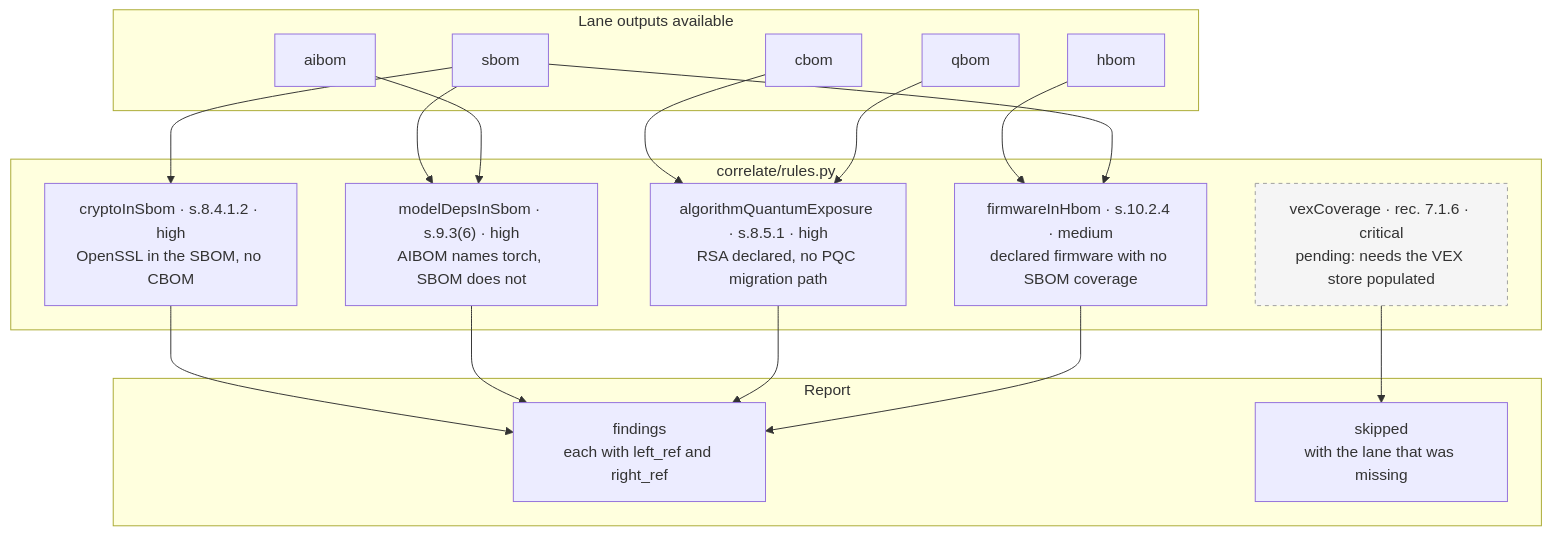
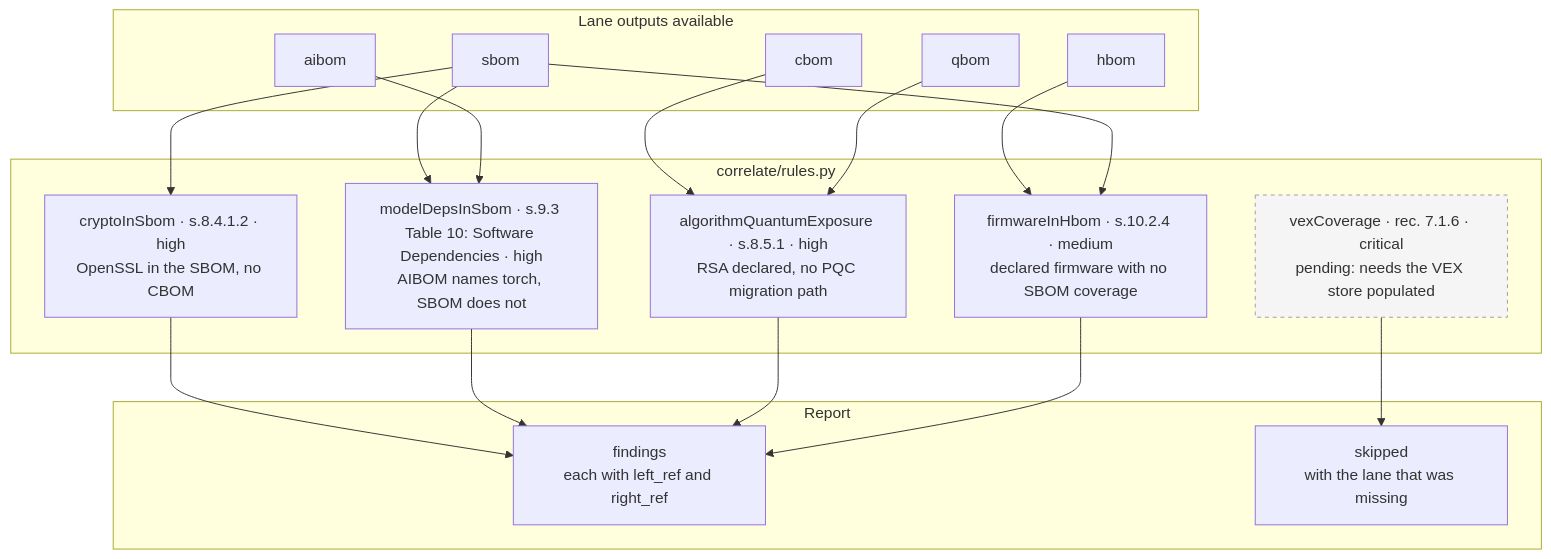
Before and after one commit to shubhamjha16/BOM_Automation: the sixth of 16 diagrams in docs/ARCHITECTURE.md, drawn with Mermaid. The commit also changed other lines of this file and 28 other files, not shown here.

````diff
--- a/docs/ARCHITECTURE.md
+++ b/docs/ARCHITECTURE.md
@@ -322,38 +322,38 @@
 ```mermaid
 graph TB
     subgraph inputs["Lane outputs available"]
         S[sbom]
         C[cbom]
         Q[qbom]
         A[aibom]
         H[hbom]
     end
 
     subgraph rules["correlate/rules.py"]
         R1["cryptoInSbom · s.8.4.1.2 · high<br/>OpenSSL in the SBOM, no CBOM"]
-        R2["modelDepsInSbom · s.9.3(6) · high<br/>AIBOM names torch, SBOM does not"]
+        R2["modelDepsInSbom · s.9.3 Table 10: Software Dependencies · high<br/>AIBOM names torch, SBOM does not"]
         R3["algorithmQuantumExposure · s.8.5.1 · high<br/>RSA declared, no PQC migration path"]
         R4["firmwareInHbom · s.10.2.4 · medium<br/>declared firmware with no SBOM coverage"]
         R5["vexCoverage · rec. 7.1.6 · critical<br/>pending: needs the VEX store populated"]
     end
 
     subgraph out["Report"]
         F["findings<br/>each with left_ref and right_ref"]
         SK["skipped<br/>with the lane that was missing"]
     end
 
     S --> R1
     S --> R2
     A --> R2
     C --> R3
     Q --> R3
     H --> R4
     S --> R4
     R1 --> F
     R2 --> F
     R3 --> F
     R4 --> F
     R5 --> SK
 
     style R5 fill:#f5f5f5,stroke:#9e9e9e,stroke-dasharray: 4 4
 ```
````
